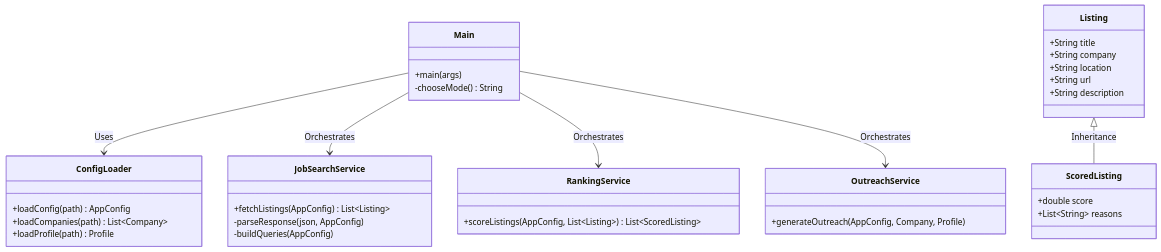
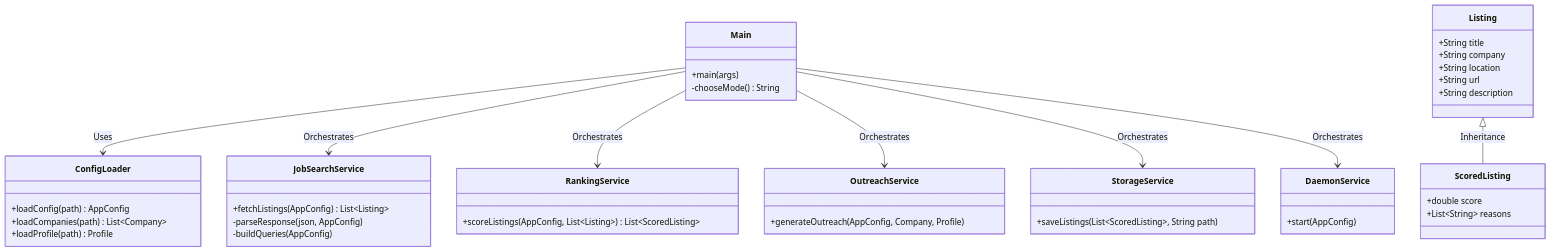
One commit to stoilsteve-hub/lia-finder-java changed the second of 2 diagrams in README.md. Above: the diagram before and after it, drawn with Mermaid. The commit also changed other lines of this file, not shown here.

First line of the commit message:
docs: update README with latest features and architecture

````diff
--- a/README.md
+++ b/README.md
@@ -32,48 +36,58 @@
 ```mermaid
 classDiagram
     class Main {
         +main(args)
         -chooseMode() String
     }
 
     class ConfigLoader {
         +loadConfig(path) AppConfig
         +loadCompanies(path) List~Company~
         +loadProfile(path) Profile
     }
 
     class JobSearchService {
         +fetchListings(AppConfig) List~Listing~
         -parseResponse(json, AppConfig)
         -buildQueries(AppConfig)
     }
 
     class RankingService {
         +scoreListings(AppConfig, List~Listing~) List~ScoredListing~
     }
 
     class OutreachService {
         +generateOutreach(AppConfig, Company, Profile)
     }
 
+    class StorageService {
+        +saveListings(List~ScoredListing~, String path)
+    }
+
+    class DaemonService {
+        +start(AppConfig)
+    }
+
     %% Data Models
     class Listing {
         +String title
         +String company
         +String location
         +String url
         +String description
     }
 
     class ScoredListing {
         +double score
         +List~String~ reasons
     }
 
     %% Relationships
     Listing <|-- ScoredListing : Inheritance
     Main --> ConfigLoader : Uses
     Main --> JobSearchService : Orchestrates
     Main --> RankingService : Orchestrates
     Main --> OutreachService : Orchestrates
+    Main --> StorageService : Orchestrates
+    Main --> DaemonService : Orchestrates
 ```
````
